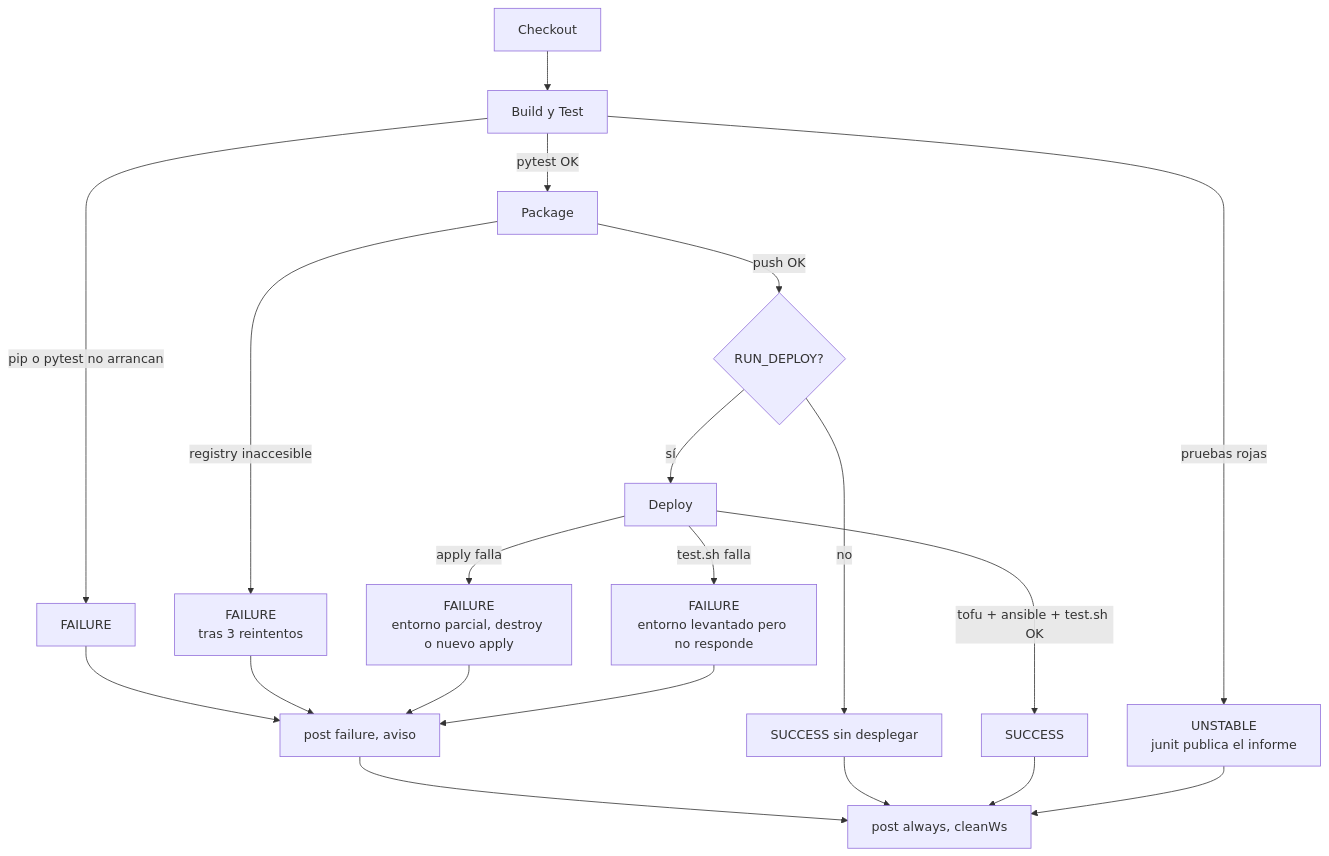
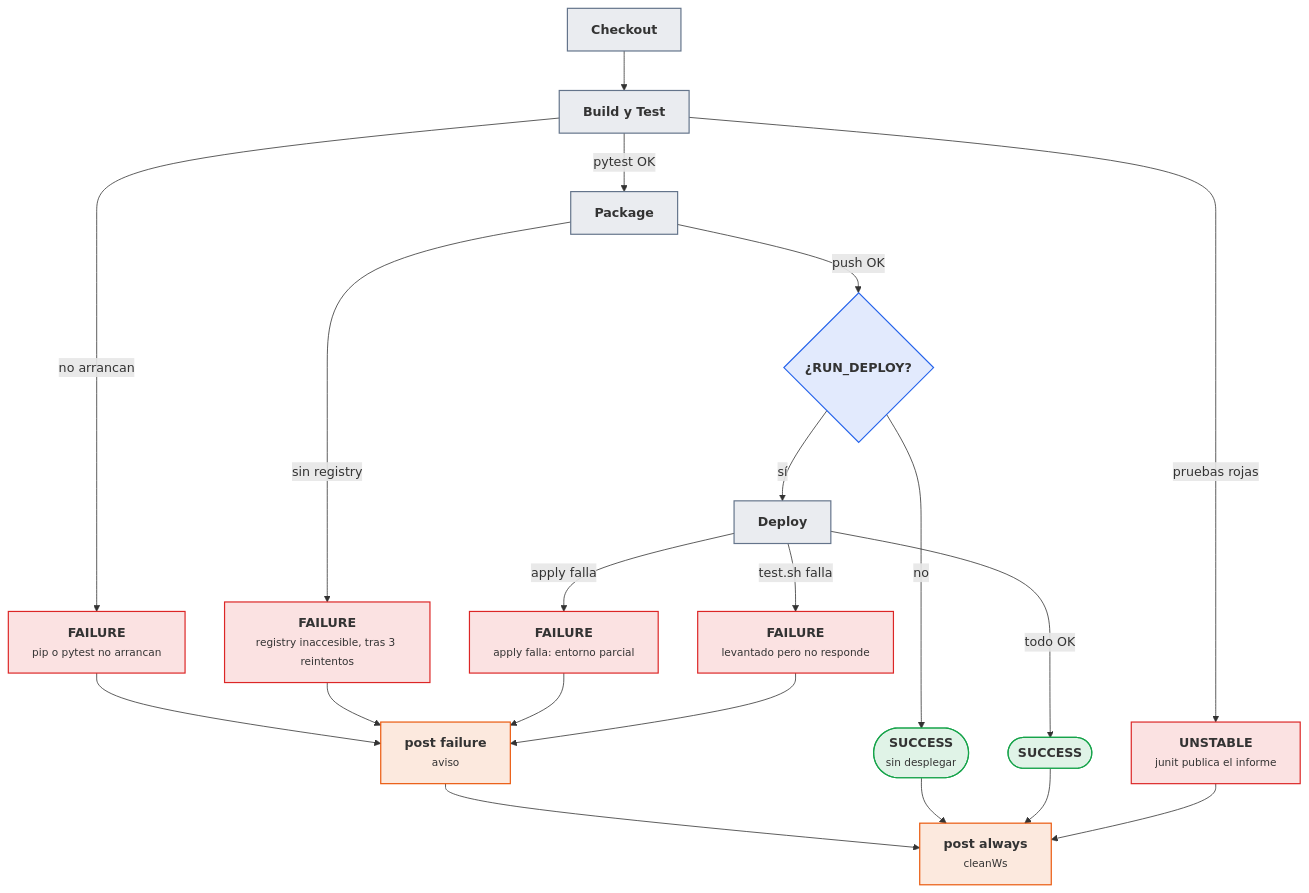
One commit to victor-educ/apuntes-5166 changed the fifth of 7 diagrams in docs/ut/ut6-ci.md. Above: the diagram before and after it, drawn with Mermaid. The commit also changed other lines of this file and 12 other files, not shown here.

First line of the commit message:
Temporalización definitiva, gramática visual y diagramas en todas las unidades

````diff
--- a/docs/ut/ut6-ci.md
+++ b/docs/ut/ut6-ci.md
@@ -701,22 +782,36 @@
 ```mermaid
 flowchart TD
-    CO[Checkout] --> BT[Build y Test]
-    BT -->|pytest OK| PK[Package]
-    BT -->|pruebas rojas| UN["UNSTABLE<br>junit publica el informe"]
-    BT -->|pip o pytest no arrancan| F1[FAILURE]
-    PK -->|push OK| W{RUN_DEPLOY?}
-    PK -->|registry inaccesible| F2["FAILURE<br>tras 3 reintentos"]
-    W -->|no| OK1[SUCCESS sin desplegar]
-    W -->|sí| DP[Deploy]
-    DP -->|tofu + ansible + test.sh OK| OK2[SUCCESS]
-    DP -->|apply falla| F3["FAILURE<br>entorno parcial, destroy o nuevo apply"]
-    DP -->|test.sh falla| F4["FAILURE<br>entorno levantado pero no responde"]
-    F1 --> P["post failure, aviso"]
-    F2 --> P
-    F3 --> P
-    F4 --> P
-    P --> C["post always, cleanWs"]
-    OK1 --> C
-    OK2 --> C
-    UN --> C
+    CO["<b>Checkout</b>"]:::pieza
+    BT["<b>Build y Test</b>"]:::pieza
+    PK["<b>Package</b>"]:::pieza
+    W{"<b>¿RUN_DEPLOY?</b>"}:::dato
+    DP["<b>Deploy</b>"]:::pieza
+    UN["<b>UNSTABLE</b><br><small>junit publica el informe</small>"]:::riesgo
+    F1["<b>FAILURE</b><br><small>pip o pytest no arrancan</small>"]:::riesgo
+    F2["<b>FAILURE</b><br><small>registry inaccesible, tras 3 reintentos</small>"]:::riesgo
+    F3["<b>FAILURE</b><br><small>apply falla: entorno parcial</small>"]:::riesgo
+    F4["<b>FAILURE</b><br><small>levantado pero no responde</small>"]:::riesgo
+    OK1(["<b>SUCCESS</b><br><small>sin desplegar</small>"]):::ok
+    OK2(["<b>SUCCESS</b>"]):::ok
+    P["<b>post failure</b><br><small>aviso</small>"]:::act
+    C["<b>post always</b><br><small>cleanWs</small>"]:::act
+    CO --> BT
+    BT -->|pytest OK| PK
+    BT -->|pruebas rojas| UN
+    BT -->|no arrancan| F1
+    PK -->|push OK| W
+    PK -->|sin registry| F2
+    W -->|no| OK1
+    W -->|sí| DP
+    DP -->|todo OK| OK2
+    DP -->|apply falla| F3
+    DP -->|test.sh falla| F4
+    F1 & F2 & F3 & F4 --> P --> C
+    OK1 & OK2 & UN --> C
+    classDef act fill:#ea580c22,stroke:#ea580c,stroke-width:1.5px
+    classDef pieza fill:#64748b22,stroke:#64748b,stroke-width:1.5px
+    classDef dato fill:#2563eb22,stroke:#2563eb,stroke-width:1.5px
+    classDef infra fill:#a1a1aa14,stroke:#a1a1aa,stroke-width:1.5px
+    classDef ok fill:#16a34a22,stroke:#16a34a,stroke-width:1.5px
+    classDef riesgo fill:#dc262622,stroke:#dc2626,stroke-width:1.5px
 ```
````
